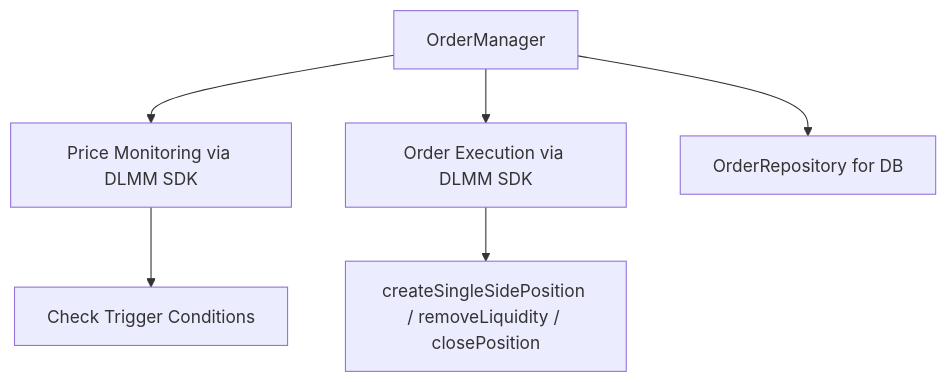
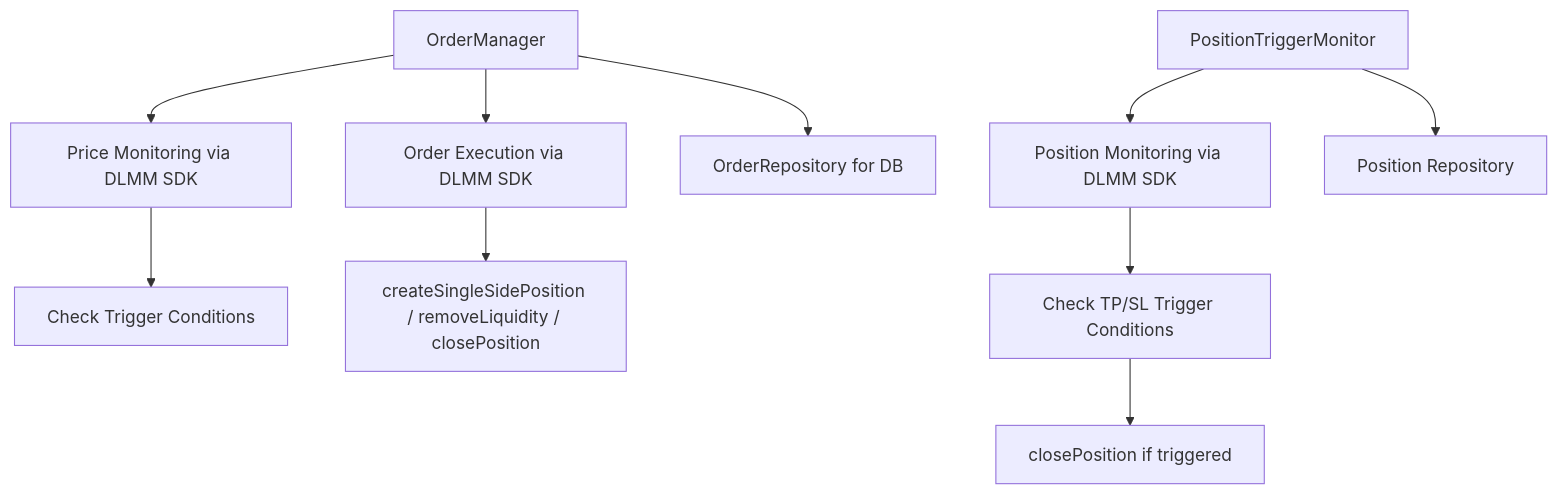
One commit to brinkgenesis/dlmm changed the first of 2 diagrams in core_strategy.md. Above: the diagram before and after it, drawn with Mermaid. The commit also changed other lines of this file and 3 other files, not shown here.

Commit message:
updated core prd mermaid

````diff
--- a/core_strategy.md
+++ b/core_strategy.md
@@ -177,8 +177,13 @@
 ```mermaid
 graph TD
     A[OrderManager] --> B[Price Monitoring via DLMM SDK]
     A --> C[Order Execution via DLMM SDK]
     A --> D[OrderRepository for DB]
     B --> F[Check Trigger Conditions]
     C --> G[createSingleSidePosition / removeLiquidity / closePosition]
+    
+    P[PositionTriggerMonitor] --> Q[Position Monitoring via DLMM SDK]
+    P --> R[Position Repository]
+    Q --> S[Check TP/SL Trigger Conditions]
+    S --> T[closePosition if triggered]
 ```
````
